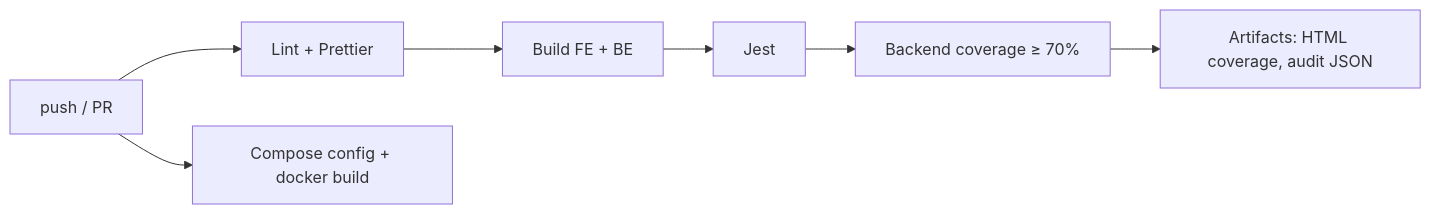
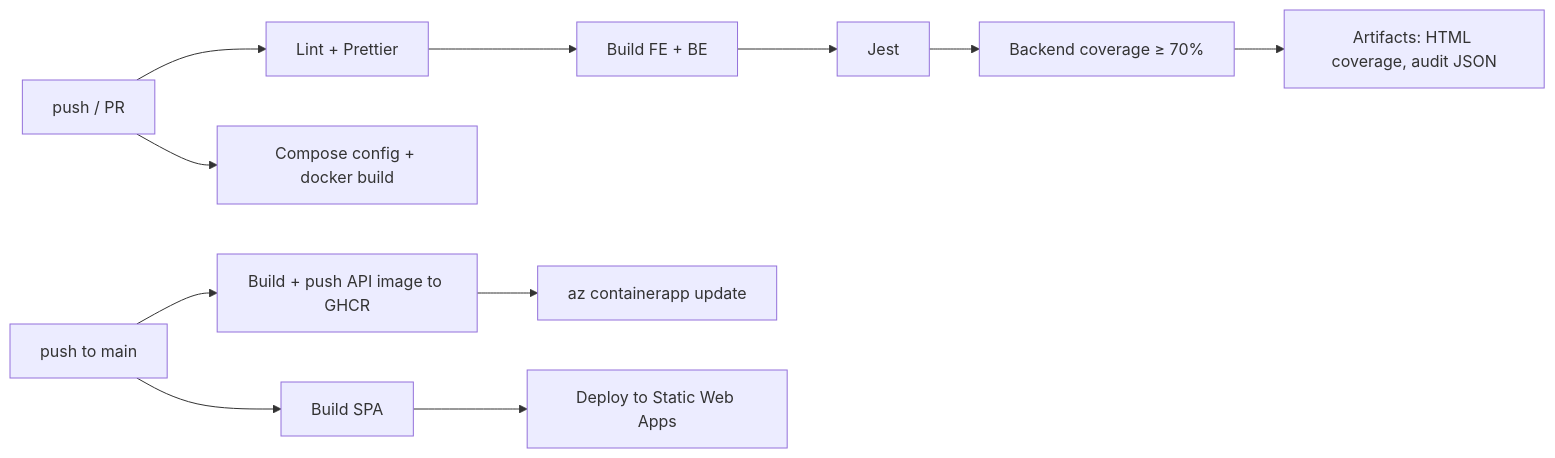
One commit to Krepto-vlad/Krepton-Analitics changed the diagram in Docs/diploma/thesis/docs/02-technical/criteria/cicd.md. Above: the diagram before and after it, drawn with Mermaid. The commit also changed other lines of this file and 8 other files, not shown here.

Commit message:
DEPLOY: reflect live Azure deployment in roadmap/thesis docs (Cloud, CI/CD, Database evidence)

````diff
--- a/Docs/diploma/thesis/docs/02-technical/criteria/cicd.md
+++ b/Docs/diploma/thesis/docs/02-technical/criteria/cicd.md
@@ -46,9 +53,13 @@
 ```mermaid
 flowchart LR
   push[push / PR] --> lint[Lint + Prettier]
   lint --> build[Build FE + BE]
   build --> test[Jest]
   test --> cov[Backend coverage ≥ 70%]
   cov --> art[Artifacts: HTML coverage, audit JSON]
   push --> docker[Compose config + docker build]
+  pushmain[push to main] --> img[Build + push API image to GHCR]
+  img --> aca[az containerapp update]
+  pushmain --> spa[Build SPA]
+  spa --> swa[Deploy to Static Web Apps]
 ```
````
